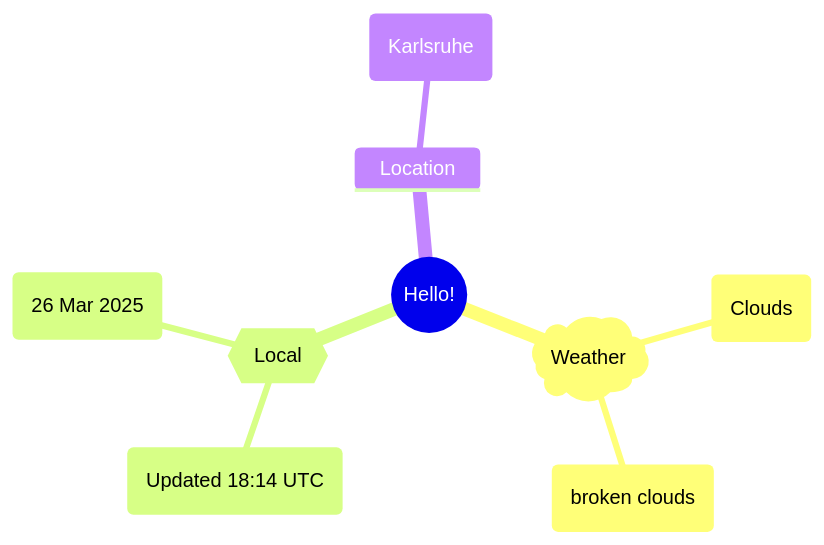
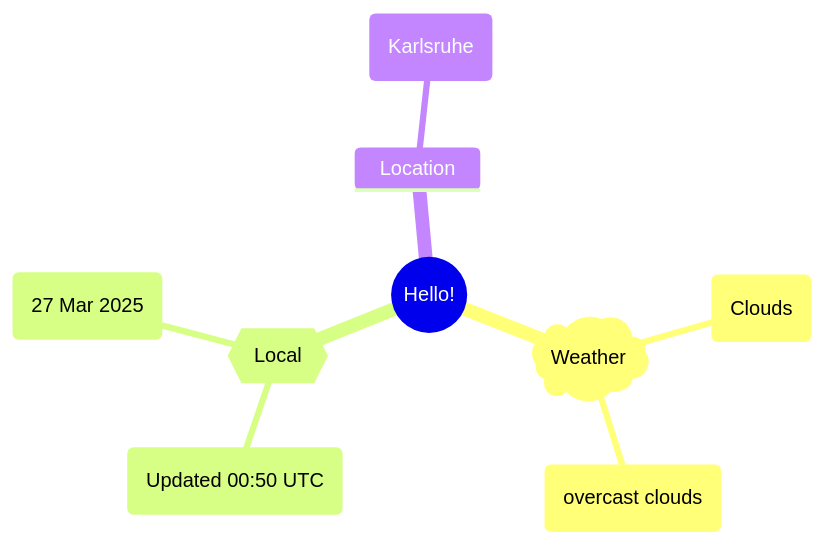
Before and after one commit to Xosrov/Xosrov: the first of 2 diagrams in README.md, drawn with Mermaid.

Commit message:
[bot] updated images

````diff
--- a/README.md
+++ b/README.md
@@ -3,12 +3,12 @@
 ```mermaid
 mindmap
   root((Hello!))
     )Weather(
         (Clouds)
-        (broken clouds)
+        (overcast clouds)
     {{Local}}
-        (Updated 18:14 UTC)
-        (26 Mar 2025)
+        (Updated 00:50 UTC)
+        (27 Mar 2025)
     Location
         (Karlsruhe)
 ```
````
